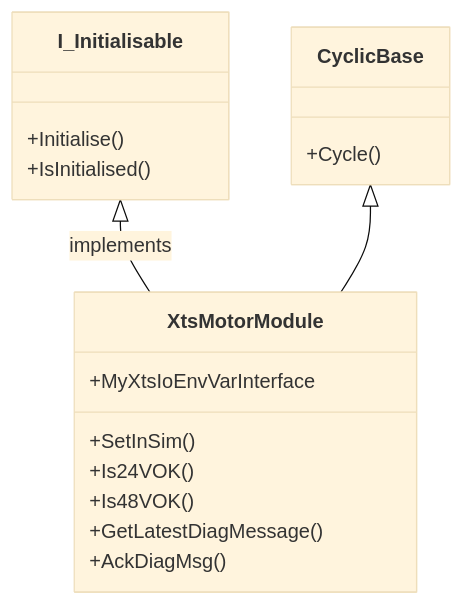
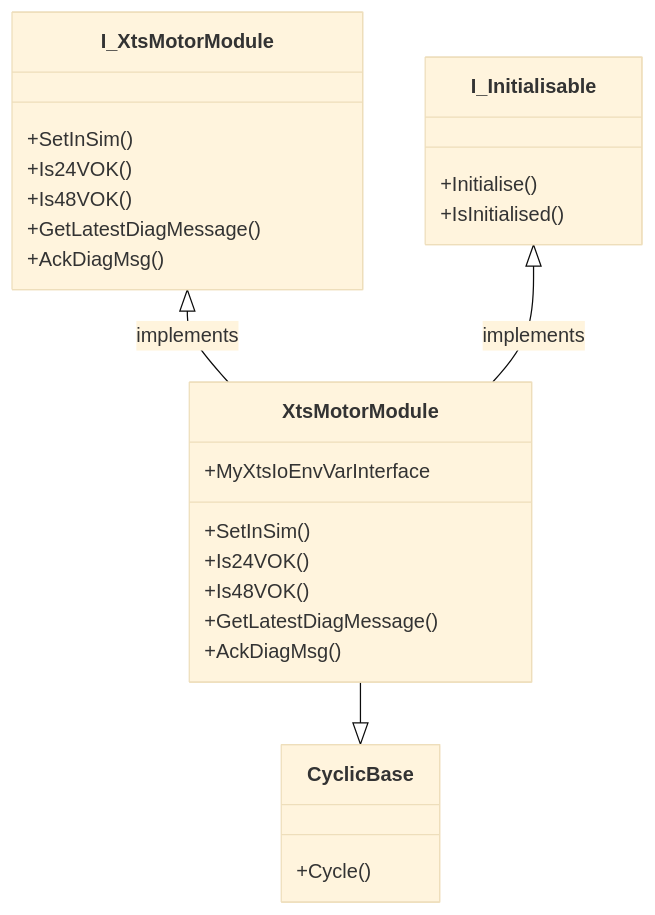
The diagram in docs/docs/Hardware/Module Class.md (chris-k84/Xts_Library), drawn with Mermaid (base theme) before and after one commit. The commit also changed 2 other files, not shown here.

Commit message:
added the new interfaces to the docus for xtsmotormodule, part and track class

````diff
--- a/docs/docs/Hardware/Module Class.md
+++ b/docs/docs/Hardware/Module Class.md
@@ -7,24 +7,33 @@
 ```mermaid
 
 classDiagram
+    class I_XtsMotorModule{
+        +SetInSim()
+        +Is24VOK()
+        +Is48VOK()
+        +GetLatestDiagMessage()
+        +AckDiagMsg()
+    }
+
     class XtsMotorModule{
         +SetInSim()
         +Is24VOK()
         +Is48VOK()
         +GetLatestDiagMessage()
         +AckDiagMsg()
         +MyXtsIoEnvVarInterface
     }
 
     class CyclicBase{
         +Cycle()
     }
 
     class I_Initialisable{
         +Initialise()
         +IsInitialised()
     }
 
+    I_XtsMotorModule <|-- XtsMotorModule : implements
     I_Initialisable <|-- XtsMotorModule : implements
-    CyclicBase <|-- XtsMotorModule
+    XtsMotorModule --|> CyclicBase
 ```
````
